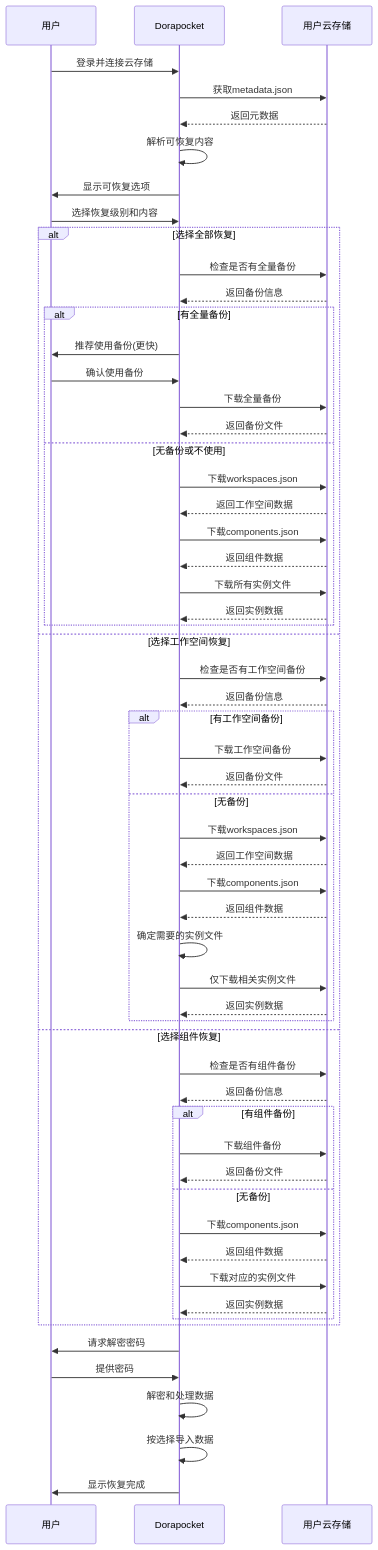
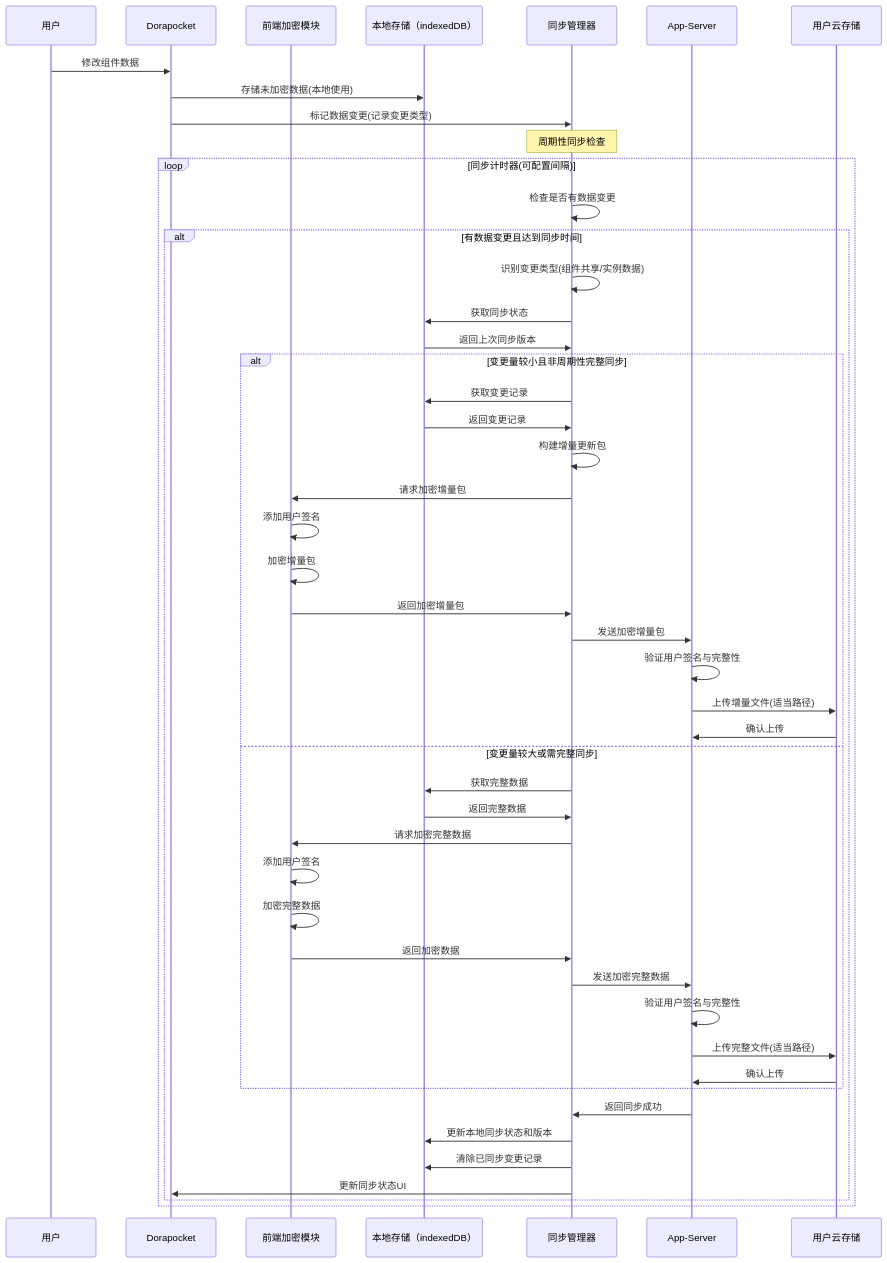
One commit to yingjianzh/iodraw-files changed the diagram in all/未命名-37.md. Above: the diagram before and after it, drawn with Mermaid.

Commit message:
2025-04-18 11:36:20 update

````diff
--- a/all/未命名-37.md
+++ b/all/未命名-37.md
@@ -1,78 +1,58 @@
 ```mermaid
+
 sequenceDiagram
     participant User as 用户
-    participant App as Dorapocket
-    participant Cloud as 用户云存储
+    participant Frontend as Dorapocket
+    participant CryptoM as 前端加密模块
+    participant LocalDB as 本地存储（indexedDB）
+    participant SyncM as 同步管理器
+    participant AppServer as App-Server
+    participant UserCloud as 用户云存储
     
-    User->>App: 登录并连接云存储
-    App->>Cloud: 获取metadata.json
-    Cloud-->>App: 返回元数据
+    User->>Frontend: 修改组件数据
+    Frontend->>LocalDB: 存储未加密数据(本地使用)
+    Frontend->>SyncM: 标记数据变更(记录变更类型)
     
-    App->>App: 解析可恢复内容
-    App->>User: 显示可恢复选项
+    note over SyncM: 周期性同步检查
     
-    User->>App: 选择恢复级别和内容
-    
-    alt 选择全部恢复
-        App->>Cloud: 检查是否有全量备份
-        Cloud-->>App: 返回备份信息
+    loop 同步计时器(可配置间隔)
+        SyncM->>SyncM: 检查是否有数据变更
         
-        alt 有全量备份
-            App->>User: 推荐使用备份(更快)
-            User->>App: 确认使用备份
+        alt 有数据变更且达到同步时间
+            SyncM->>SyncM: 识别变更类型(组件共享/实例数据)
+            SyncM->>LocalDB: 获取同步状态
+            LocalDB->>SyncM: 返回上次同步版本
             
-            App->>Cloud: 下载全量备份
-            Cloud-->>App: 返回备份文件
-        else 无备份或不使用
-            App->>Cloud: 下载workspaces.json
-            Cloud-->>App: 返回工作空间数据
+            alt 变更量较小且非周期性完整同步
+                SyncM->>LocalDB: 获取变更记录
+                LocalDB->>SyncM: 返回变更记录
+                SyncM->>SyncM: 构建增量更新包
+                SyncM->>CryptoM: 请求加密增量包
+                CryptoM->>CryptoM: 添加用户签名
+                CryptoM->>CryptoM: 加密增量包
+                CryptoM->>SyncM: 返回加密增量包
+                SyncM->>AppServer: 发送加密增量包
+                AppServer->>AppServer: 验证用户签名与完整性
+                AppServer->>UserCloud: 上传增量文件(适当路径)
+                UserCloud->>AppServer: 确认上传
+            else 变更量较大或需完整同步
+                SyncM->>LocalDB: 获取完整数据
+                LocalDB->>SyncM: 返回完整数据
+                SyncM->>CryptoM: 请求加密完整数据
+                CryptoM->>CryptoM: 添加用户签名
+                CryptoM->>CryptoM: 加密完整数据
+                CryptoM->>SyncM: 返回加密数据
+                SyncM->>AppServer: 发送加密完整数据
+                AppServer->>AppServer: 验证用户签名与完整性
+                AppServer->>UserCloud: 上传完整文件(适当路径)
+                UserCloud->>AppServer: 确认上传
+            end
             
-            App->>Cloud: 下载components.json
-            Cloud-->>App: 返回组件数据
-            
-            App->>Cloud: 下载所有实例文件
-            Cloud-->>App: 返回实例数据
-        end
-        
-    else 选择工作空间恢复
-        App->>Cloud: 检查是否有工作空间备份
-        Cloud-->>App: 返回备份信息
-        
-        alt 有工作空间备份
-            App->>Cloud: 下载工作空间备份
-            Cloud-->>App: 返回备份文件
-        else 无备份
-            App->>Cloud: 下载workspaces.json
-            Cloud-->>App: 返回工作空间数据
-            
-            App->>Cloud: 下载components.json
-            Cloud-->>App: 返回组件数据
-            
-            App->>App: 确定需要的实例文件
-            App->>Cloud: 仅下载相关实例文件
-            Cloud-->>App: 返回实例数据
-        end
-        
-    else 选择组件恢复
-        App->>Cloud: 检查是否有组件备份
-        Cloud-->>App: 返回备份信息
-        
-        alt 有组件备份
-            App->>Cloud: 下载组件备份
-            Cloud-->>App: 返回备份文件
-        else 无备份
-            App->>Cloud: 下载components.json
-            Cloud-->>App: 返回组件数据
-            
-            App->>Cloud: 下载对应的实例文件
-            Cloud-->>App: 返回实例数据
+            AppServer->>SyncM: 返回同步成功
+            SyncM->>LocalDB: 更新本地同步状态和版本
+            SyncM->>LocalDB: 清除已同步变更记录
+            SyncM->>Frontend: 更新同步状态UI
         end
     end
-    
-    App->>User: 请求解密密码
-    User->>App: 提供密码
-    
-    App->>App: 解密和处理数据
-    App->>App: 按选择导入数据
-    App->>User: 显示恢复完成
+
 ```
````
